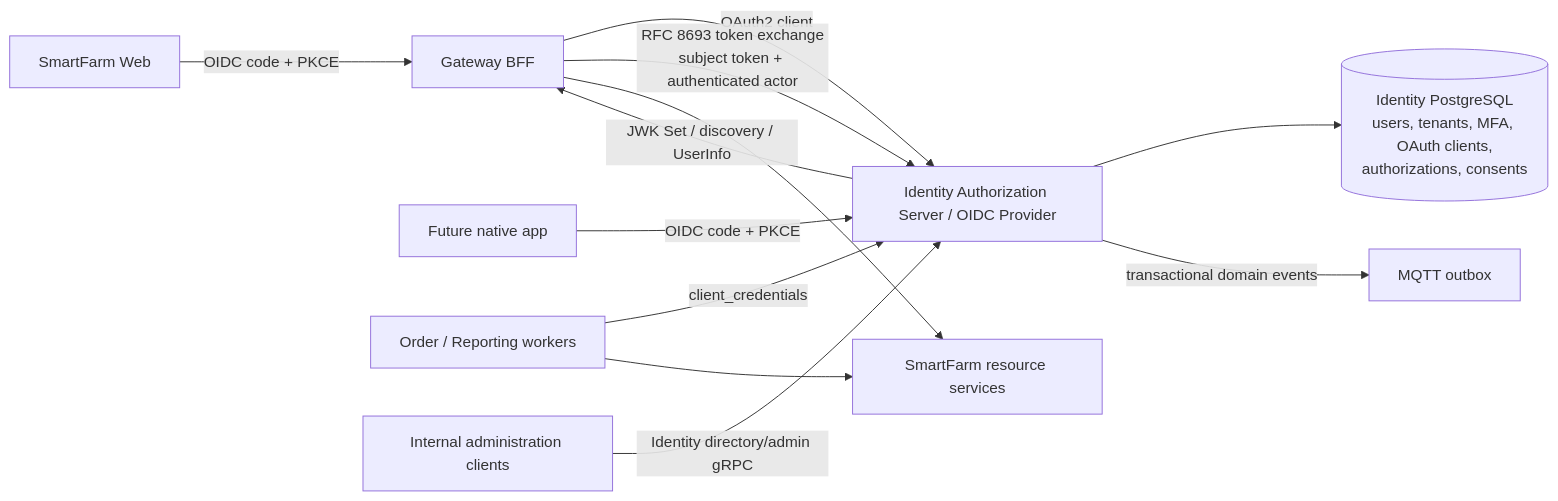
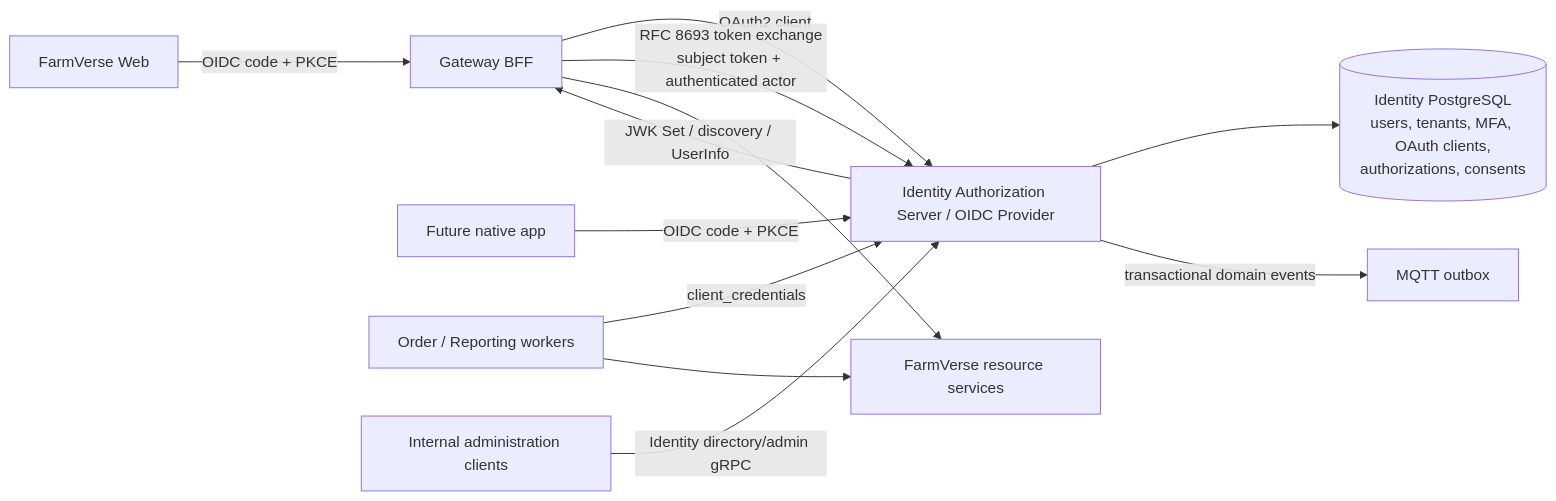
One commit to hatrongvu13/smartfarm-platform-maven-starter changed the diagram in docs/architecture/identity-oauth2-oidc-target.md. Above: the diagram before and after it, drawn with Mermaid. The commit also changed other lines of this file and 1490 other files, not shown here.

First line of the commit message:
chore: FarmVerse level 0 - rename and prune

````diff
--- a/docs/architecture/identity-oauth2-oidc-target.md
+++ b/docs/architecture/identity-oauth2-oidc-target.md
@@ -28,14 +28,14 @@
 ```mermaid
 flowchart LR
-    Browser["SmartFarm Web"] -->|"OIDC code + PKCE"| Gateway["Gateway BFF"]
+    Browser["FarmVerse Web"] -->|"OIDC code + PKCE"| Gateway["Gateway BFF"]
     Mobile["Future native app"] -->|"OIDC code + PKCE"| Identity
     Gateway -->|"OAuth2 client"| Identity["Identity Authorization Server / OIDC Provider"]
     Worker["Order / Reporting workers"] -->|"client_credentials"| Identity
     Gateway -->|"RFC 8693 token exchange\nsubject token + authenticated actor"| Identity
     Identity --> IdentityDB[("Identity PostgreSQL\nusers, tenants, MFA, OAuth clients,\nauthorizations, consents")]
     Identity -->|"JWK Set / discovery / UserInfo"| Gateway
-    Gateway --> Resource["SmartFarm resource services"]
+    Gateway --> Resource["FarmVerse resource services"]
     Worker --> Resource
     Identity -->|"transactional domain events"| MQTT["MQTT outbox"]
     Admin["Internal administration clients"] -->|"Identity directory/admin gRPC"| Identity
 ```
````
